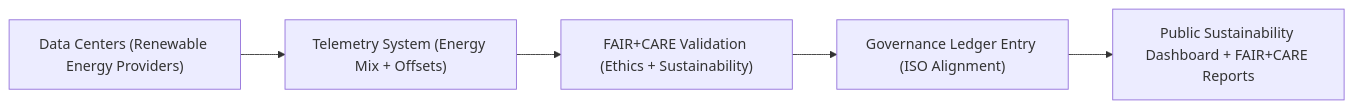
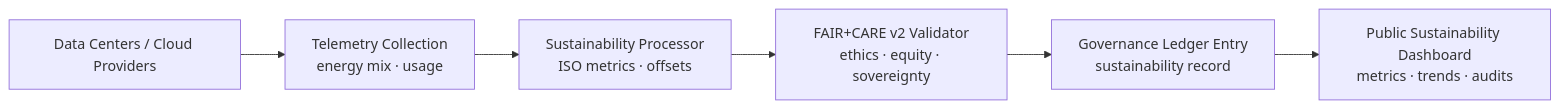
The second of 2 diagrams in docs/guides/telemetry/ai-telemetry-integration.md (bartytime4life/Kansas-Frontier-Matrix), drawn with Mermaid before and after one commit. The commit also changed other lines of this file, not shown here.

Commit message:
Update AI Telemetry Integration Guide to v10.4.2

````diff
--- a/docs/guides/telemetry/ai-telemetry-integration.md
+++ b/docs/guides/telemetry/ai-telemetry-integration.md
@@ -193,7 +224,8 @@
 ```mermaid
 flowchart LR
-A["Data Centers (Renewable Energy Providers)"] --> B["Telemetry System (Energy Mix + Offsets)"]
-B --> C["FAIR+CARE Validation (Ethics + Sustainability)"]
-C --> D["Governance Ledger Entry (ISO Alignment)"]
-D --> E["Public Sustainability Dashboard + FAIR+CARE Reports"]
+A["Data Centers / Cloud Providers"] --> B["Telemetry Collection<br/>energy mix · usage"]
+B --> C["Sustainability Processor<br/>ISO metrics · offsets"]
+C --> D["FAIR+CARE v2 Validator<br/>ethics · equity · sovereignty"]
+D --> E["Governance Ledger Entry<br/>sustainability record"]
+E --> F["Public Sustainability Dashboard<br/>metrics · trends · audits"]
 ```
````
